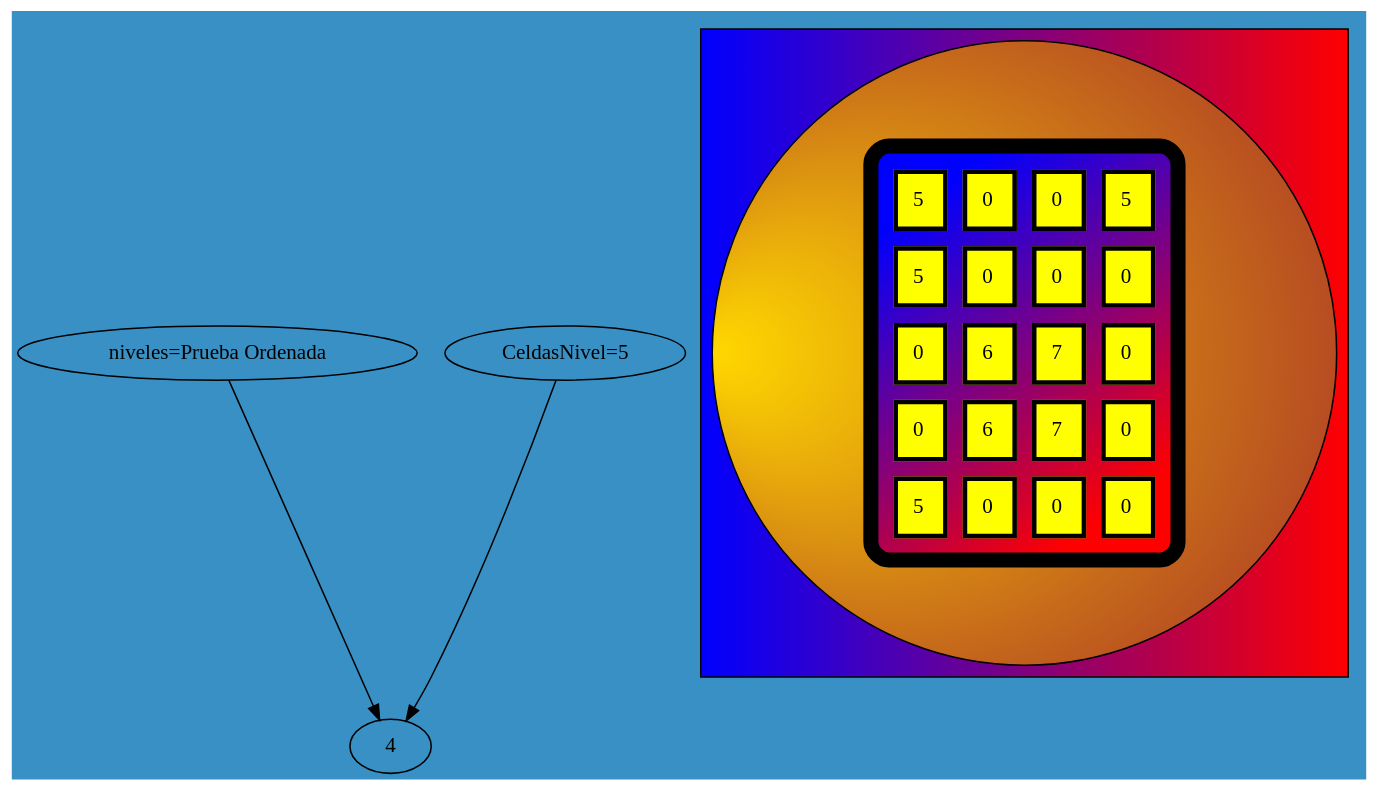
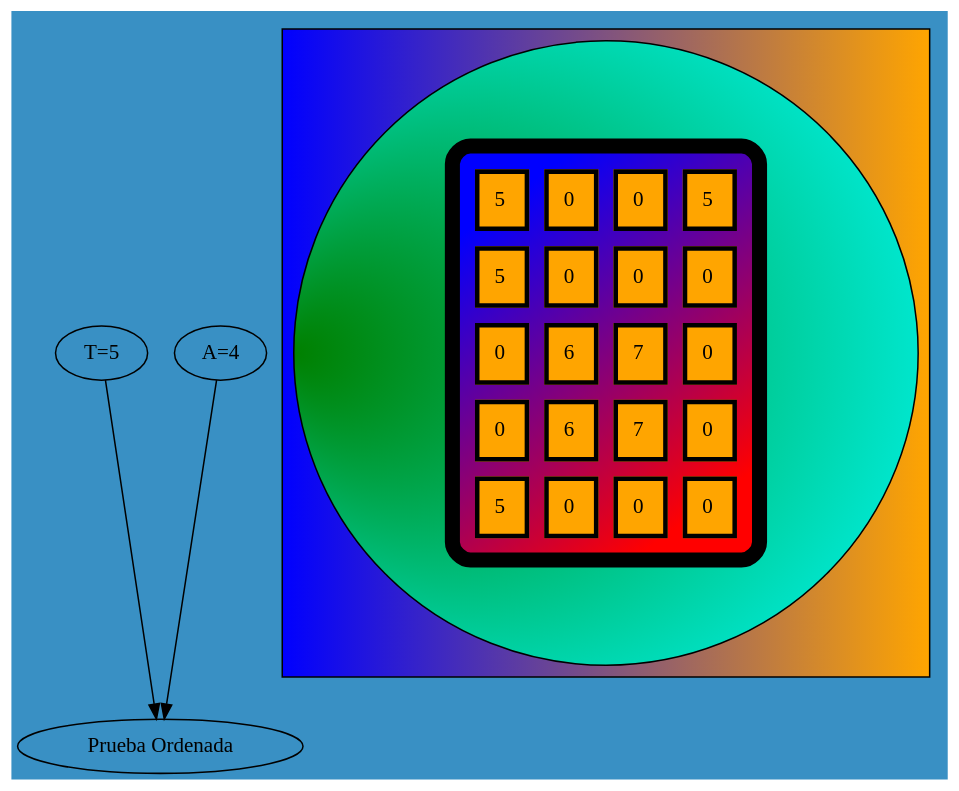
Before and after one commit to Luu-Chan/IPC2_Proyecto1_202001523: the diagram in bb.dot, drawn with Graphviz. The commit also changed 14 other files, not shown here.

```diff
--- a/bb.dot
+++ b/bb.dot
@@ -1,33 +1,33 @@
 
-            digraph G {"niveles=Prueba Ordenada","CeldasNivel=5"->" 4" bgcolor="#3990C4" style="filled"
-            subgraph cluster1 {fillcolor="blue:red" style="filled"
-            node [shape=circle fillcolor="gold:brown" style="radial" gradientangle=180]
+            digraph G {"T=5","A=4"->" Prueba Ordenada" bgcolor="#3990C4" style="filled"
+            subgraph cluster1 {fillcolor="blue:orange" style="filled"
+            node [shape=circle fillcolor="webgreen:cyan" style="radial" gradientangle=180]
             a0 [ label=<
             <TABLE border="10" cellspacing="10" cellpadding="10" style="rounded" bgcolor="blue:red" gradientangle="315">
-<TR><TD border="3"  bgcolor="yellow" gradientangle="315">5</TD>
-<TD border="3"  bgcolor="yellow" gradientangle="315">0</TD>
-<TD border="3"  bgcolor="yellow" gradientangle="315">0</TD>
-<TD border="3"  bgcolor="yellow" gradientangle="315">5</TD>
+<TR><TD border="3"  bgcolor="orange" gradientangle="315">5</TD>
+<TD border="3"  bgcolor="orange" gradientangle="315">0</TD>
+<TD border="3"  bgcolor="orange" gradientangle="315">0</TD>
+<TD border="3"  bgcolor="orange" gradientangle="315">5</TD>
 </TR>
-<TR><TD border="3"  bgcolor="yellow" gradientangle="315">5</TD>
-<TD border="3"  bgcolor="yellow" gradientangle="315">0</TD>
-<TD border="3"  bgcolor="yellow" gradientangle="315">0</TD>
-<TD border="3"  bgcolor="yellow" gradientangle="315">0</TD>
+<TR><TD border="3"  bgcolor="orange" gradientangle="315">5</TD>
+<TD border="3"  bgcolor="orange" gradientangle="315">0</TD>
+<TD border="3"  bgcolor="orange" gradientangle="315">0</TD>
+<TD border="3"  bgcolor="orange" gradientangle="315">0</TD>
 </TR>
-<TR><TD border="3"  bgcolor="yellow" gradientangle="315">0</TD>
-<TD border="3"  bgcolor="yellow" gradientangle="315">6</TD>
-<TD border="3"  bgcolor="yellow" gradientangle="315">7</TD>
-<TD border="3"  bgcolor="yellow" gradientangle="315">0</TD>
+<TR><TD border="3"  bgcolor="orange" gradientangle="315">0</TD>
+<TD border="3"  bgcolor="orange" gradientangle="315">6</TD>
+<TD border="3"  bgcolor="orange" gradientangle="315">7</TD>
+<TD border="3"  bgcolor="orange" gradientangle="315">0</TD>
 </TR>
-<TR><TD border="3"  bgcolor="yellow" gradientangle="315">0</TD>
-<TD border="3"  bgcolor="yellow" gradientangle="315">6</TD>
-<TD border="3"  bgcolor="yellow" gradientangle="315">7</TD>
-<TD border="3"  bgcolor="yellow" gradientangle="315">0</TD>
+<TR><TD border="3"  bgcolor="orange" gradientangle="315">0</TD>
+<TD border="3"  bgcolor="orange" gradientangle="315">6</TD>
+<TD border="3"  bgcolor="orange" gradientangle="315">7</TD>
+<TD border="3"  bgcolor="orange" gradientangle="315">0</TD>
 </TR>
-<TR><TD border="3"  bgcolor="yellow" gradientangle="315">5</TD>
-<TD border="3"  bgcolor="yellow" gradientangle="315">0</TD>
-<TD border="3"  bgcolor="yellow" gradientangle="315">0</TD>
-<TD border="3"  bgcolor="yellow" gradientangle="315">0</TD>
+<TR><TD border="3"  bgcolor="orange" gradientangle="315">5</TD>
+<TD border="3"  bgcolor="orange" gradientangle="315">0</TD>
+<TD border="3"  bgcolor="orange" gradientangle="315">0</TD>
+<TD border="3"  bgcolor="orange" gradientangle="315">0</TD>
  </TR></TABLE>>];
                 }
                 }
```
